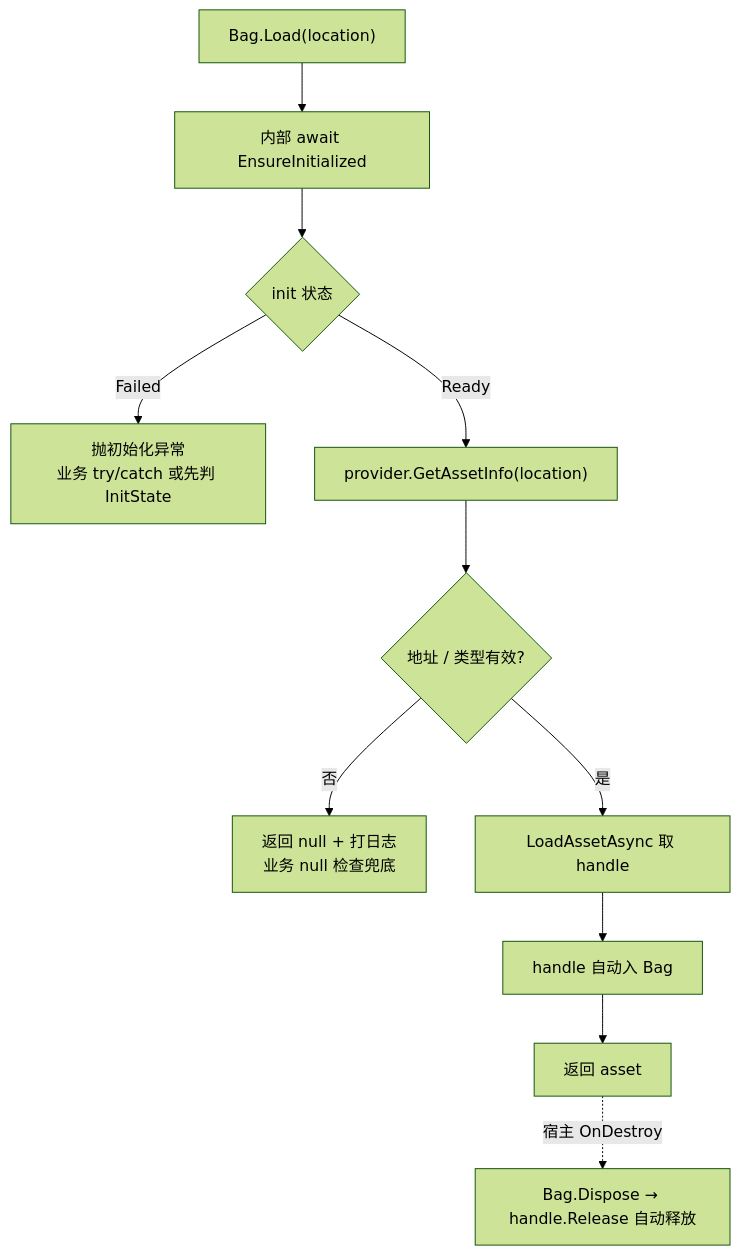
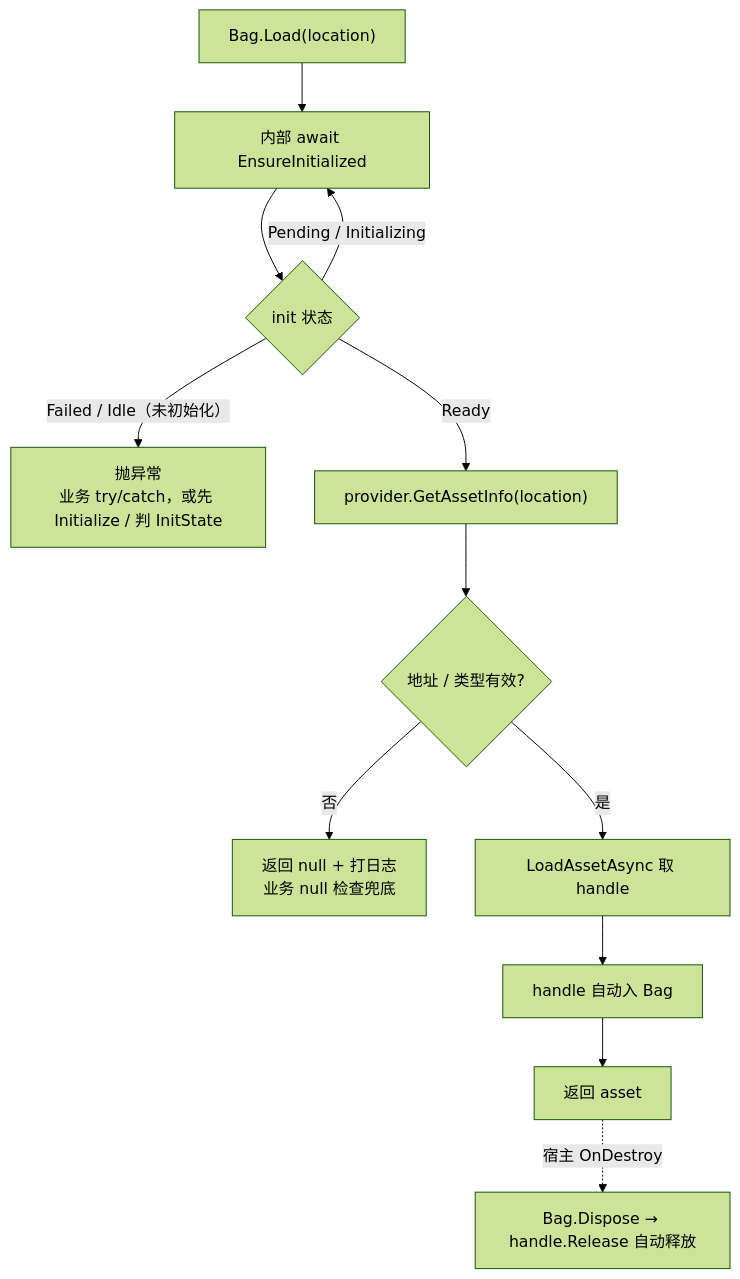
Before and after one commit to heroliss/SSFramework: the third of 5 diagrams in docs/asset-system-flow.md, drawn with Mermaid (forest theme). The commit also changed other lines of this file and 19 other files, not shown here.

````diff
--- a/docs/asset-system-flow.md
+++ b/docs/asset-system-flow.md
@@ -97,13 +97,14 @@
 ```mermaid
 flowchart TD
     A["Bag.Load(location)"] --> B[内部 await EnsureInitialized]
     B --> C{init 状态}
-    C -->|Failed| X["抛初始化异常<br/>业务 try/catch 或先判 InitState"]
+    C -->|"Failed / Idle（未初始化）"| X["抛异常<br/>业务 try/catch，或先 Initialize / 判 InitState"]
+    C -->|"Pending / Initializing"| B
     C -->|Ready| D["provider.GetAssetInfo(location)"]
     D --> E{地址 / 类型有效?}
     E -->|否| N["返回 null + 打日志<br/>业务 null 检查兜底"]
     E -->|是| F["LoadAssetAsync 取 handle"]
     F --> G["handle 自动入 Bag"]
     G --> H["返回 asset"]
     H -. 宿主 OnDestroy .-> R["Bag.Dispose → handle.Release 自动释放"]
 ```
````
